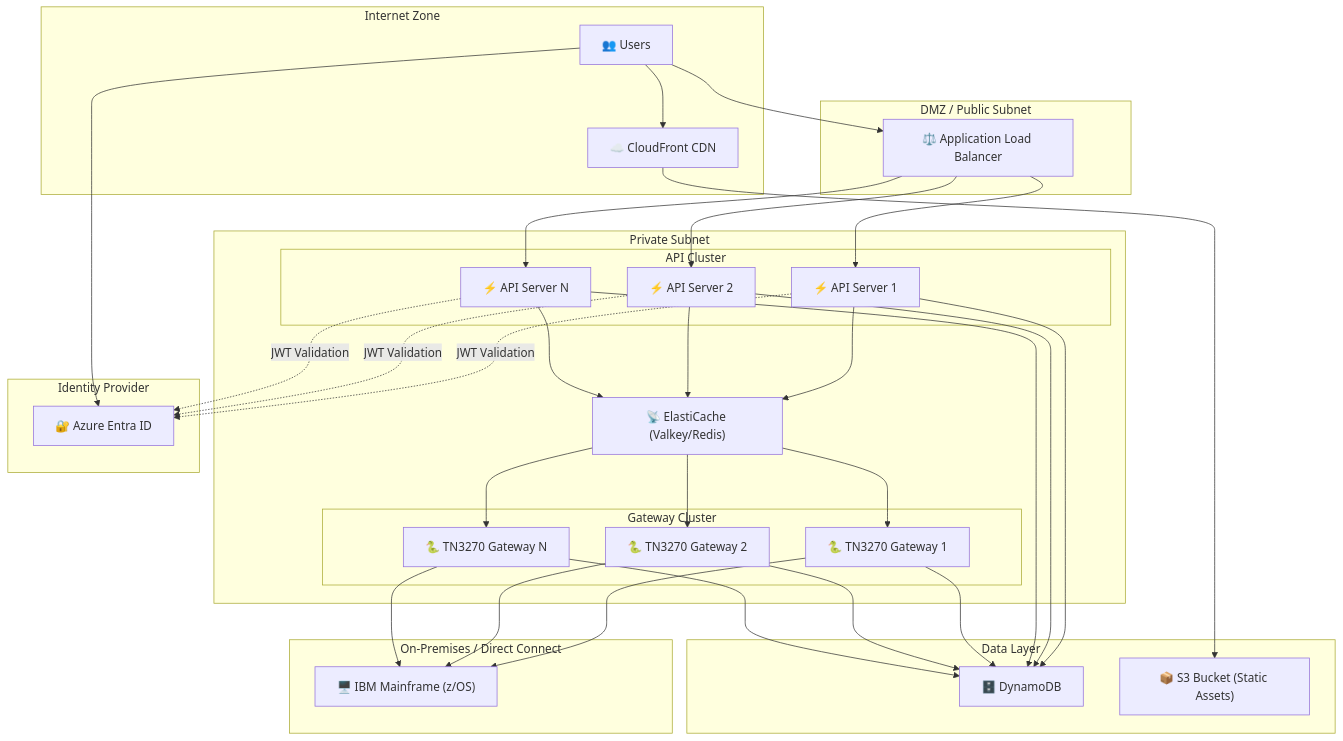
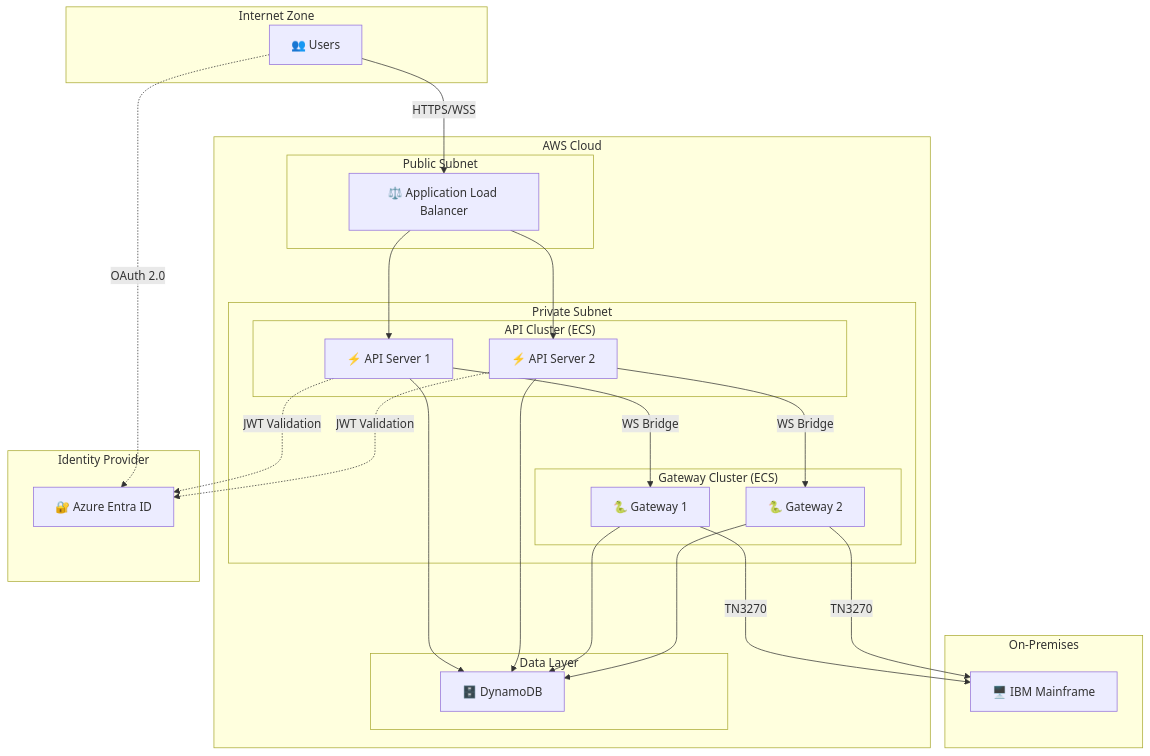
Before and after one commit to gurungabit/iast: the first of 13 diagrams in docs/diagrams.md, drawn with Mermaid. The commit also changed other lines of this file and 33 other files, not shown here.

````diff
--- a/docs/diagrams.md
+++ b/docs/diagrams.md
@@ -19,55 +18,49 @@
 ```mermaid
 flowchart TB
     subgraph Internet["Internet Zone"]
         Users["👥 Users"]
-        CDN["☁️ CloudFront CDN"]
     end
 
-    subgraph DMZ["DMZ / Public Subnet"]
-        ALB["⚖️ Application Load Balancer"]
+    subgraph AWS["AWS Cloud"]
+        subgraph Public["Public Subnet"]
+            ALB["⚖️ Application Load Balancer"]
+        end
+
+        subgraph Private["Private Subnet"]
+            subgraph APICluster["API Cluster (ECS)"]
+                API1["⚡ API Server 1"]
+                API2["⚡ API Server 2"]
+            end
+
+            subgraph GatewayCluster["Gateway Cluster (ECS)"]
+                GW1["🐍 Gateway 1"]
+                GW2["🐍 Gateway 2"]
+            end
+        end
+
+        subgraph Data["Data Layer"]
+            DDB["🗄️ DynamoDB"]
+        end
     end
 
-    subgraph Private["Private Subnet"]
-        subgraph APICluster["API Cluster"]
-            API1["⚡ API Server 1"]
-            API2["⚡ API Server 2"]
-            APIx["⚡ API Server N"]
-        end
-
-        subgraph GatewayCluster["Gateway Cluster"]
-            GW1["🐍 TN3270 Gateway 1"]
-            GW2["🐍 TN3270 Gateway 2"]
-            GWx["🐍 TN3270 Gateway N"]
-        end
-
-        Cache["📡 ElastiCache (Valkey/Redis)"]
-    end
-
-    subgraph Data["Data Layer"]
-        DDB["🗄️ DynamoDB"]
-        S3["📦 S3 Bucket (Static Assets)"]
-    end
-
-    subgraph OnPrem["On-Premises / Direct Connect"]
-        Mainframe["🖥️ IBM Mainframe (z/OS)"]
+    subgraph OnPrem["On-Premises"]
+        Mainframe["🖥️ IBM Mainframe"]
     end
 
     subgraph Auth["Identity Provider"]
         Entra["🔐 Azure Entra ID"]
     end
 
-    Users --> CDN
-    Users --> Entra
-    CDN --> S3
-    Users --> ALB
-    ALB --> API1 & API2 & APIx
+    Users -->|"HTTPS/WSS"| ALB
+    ALB --> API1 & API2
     
-    API1 & API2 & APIx --> Cache
-    Cache --> GW1 & GW2 & GWx
+    API1 -->|"WS Bridge"| GW1
+    API2 -->|"WS Bridge"| GW2
     
-    API1 & API2 & APIx --> DDB
-    GW1 & GW2 & GWx --> DDB
-    GW1 & GW2 & GWx --> Mainframe
+    API1 & API2 --> DDB
+    GW1 & GW2 --> DDB
+    GW1 & GW2 -->|"TN3270"| Mainframe
     
-    API1 & API2 & APIx -.->|"JWT Validation"| Entra
+    Users -.->|"OAuth 2.0"| Entra
+    API1 & API2 -.->|"JWT Validation"| Entra
 ```
````
